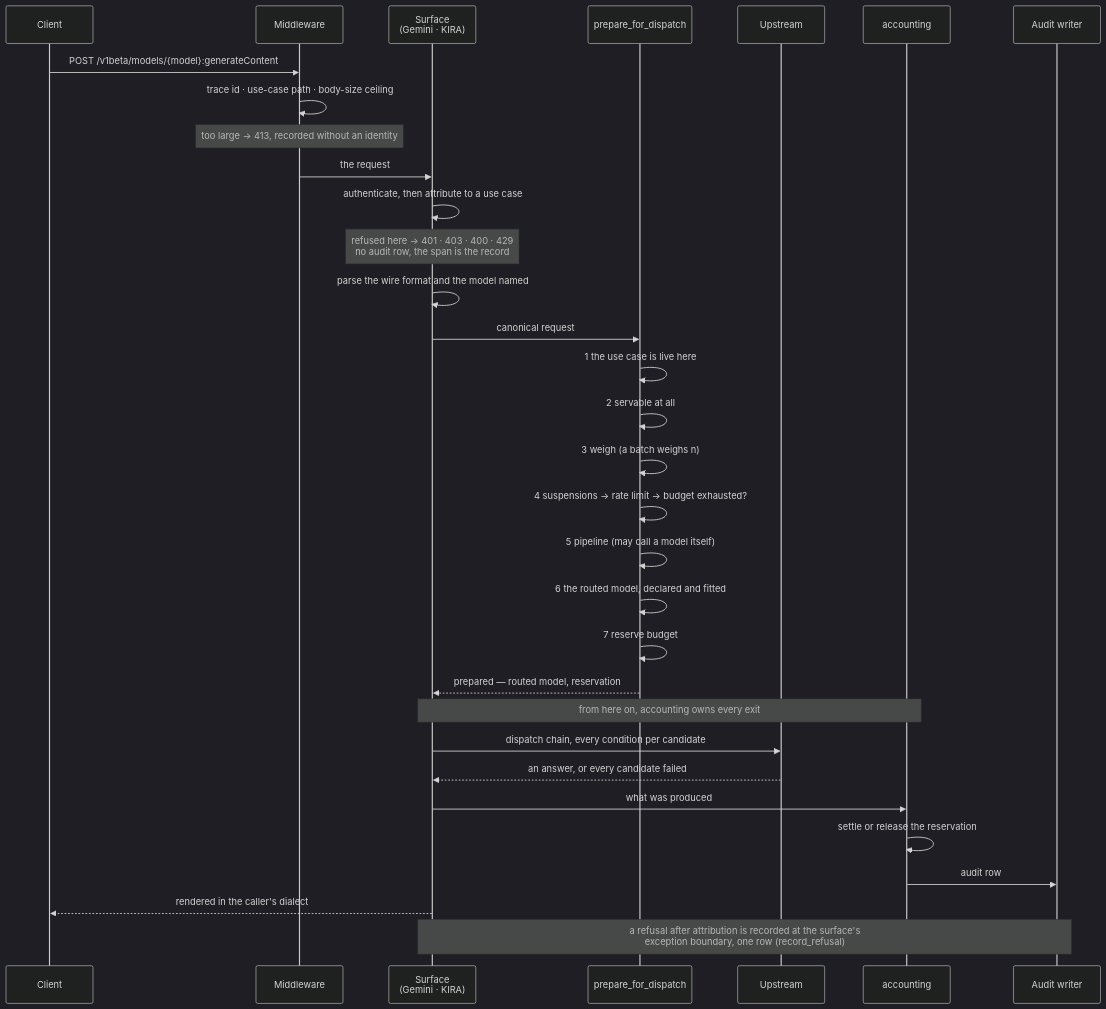
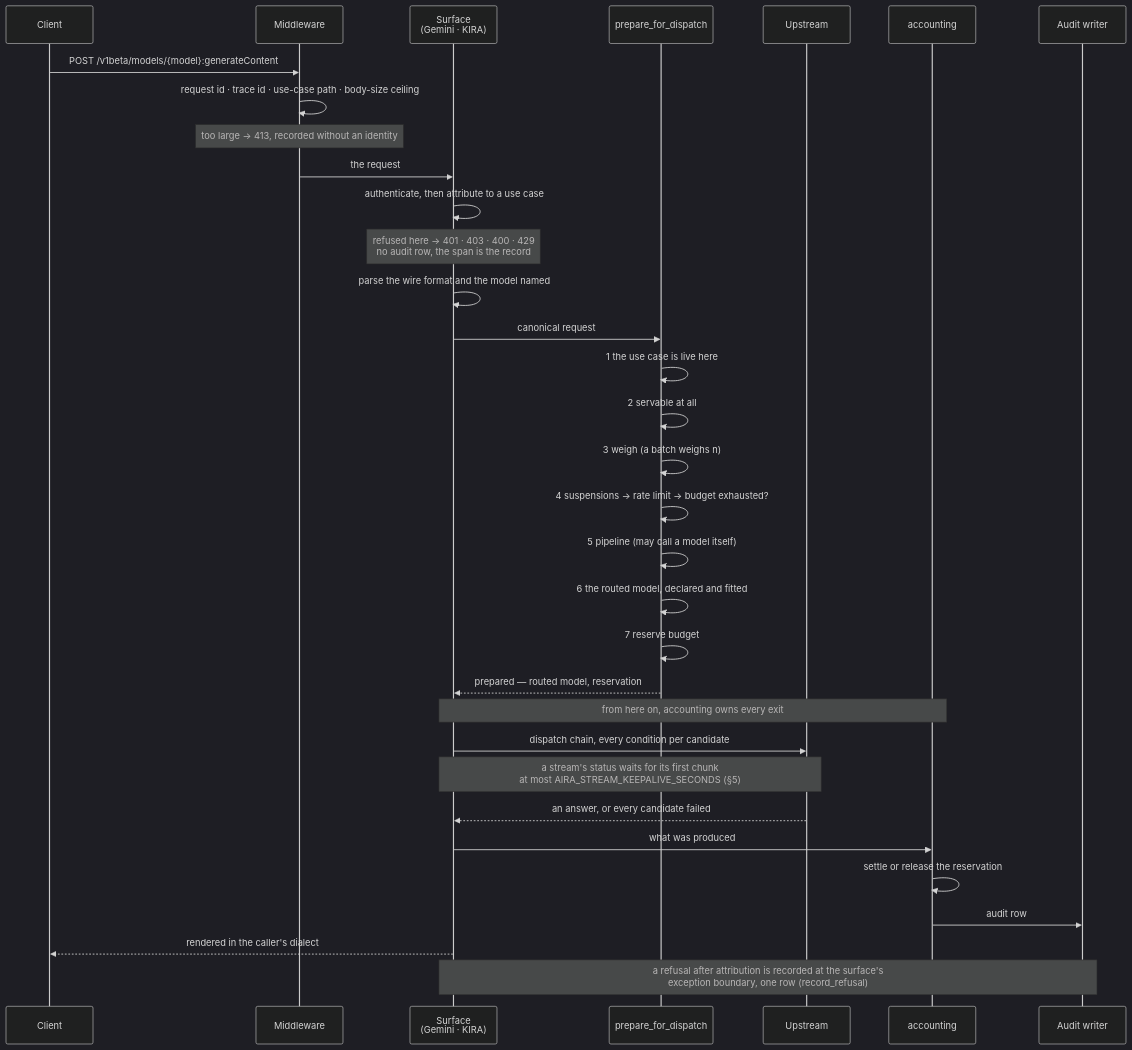
The first of 6 diagrams in docs/REQUEST-LIFECYCLE.md (InigoImago/AIRA-Gateway), drawn with Mermaid (dark theme) before and after one commit. The commit also changed other lines of this file and 44 other files, not shown here.

````diff
--- a/docs/REQUEST-LIFECYCLE.md
+++ b/docs/REQUEST-LIFECYCLE.md
@@ -16,36 +16,37 @@
 ```mermaid
 %% No `autonumber`: the numbers on prepare_for_dispatch's arrows are the steps of §4.
 sequenceDiagram
     participant C as Client
     participant M as Middleware
     participant S as Surface<br/>(Gemini · KIRA)
     participant P as prepare_for_dispatch
     participant U as Upstream
     participant A as accounting
     participant W as Audit writer
 
     C->>M: POST /v1beta/models/{model}:generateContent
-    M->>M: trace id · use-case path · body-size ceiling
+    M->>M: request id · trace id · use-case path · body-size ceiling
     Note over M: too large → 413, recorded without an identity
     M->>S: the request
     S->>S: authenticate, then attribute to a use case
     Note over S: refused here → 401 · 403 · 400 · 429<br/>no audit row, the span is the record
     S->>S: parse the wire format and the model named
     S->>P: canonical request
     P->>P: 1 the use case is live here
     P->>P: 2 servable at all
     P->>P: 3 weigh (a batch weighs n)
     P->>P: 4 suspensions → rate limit → budget exhausted?
     P->>P: 5 pipeline (may call a model itself)
     P->>P: 6 the routed model, declared and fitted
     P->>P: 7 reserve budget
     P-->>S: prepared — routed model, reservation
     Note over S,A: from here on, accounting owns every exit
     S->>U: dispatch chain, every condition per candidate
+    Note over S,U: a stream's status waits for its first chunk<br/>at most AIRA_STREAM_KEEPALIVE_SECONDS (§5)
     U-->>S: an answer, or every candidate failed
     S->>A: what was produced
     A->>A: settle or release the reservation
     A->>W: audit row
     S-->>C: rendered in the caller's dialect
     Note over S,W: a refusal after attribution is recorded at the surface's<br/>exception boundary, one row (record_refusal)
 ```
````
